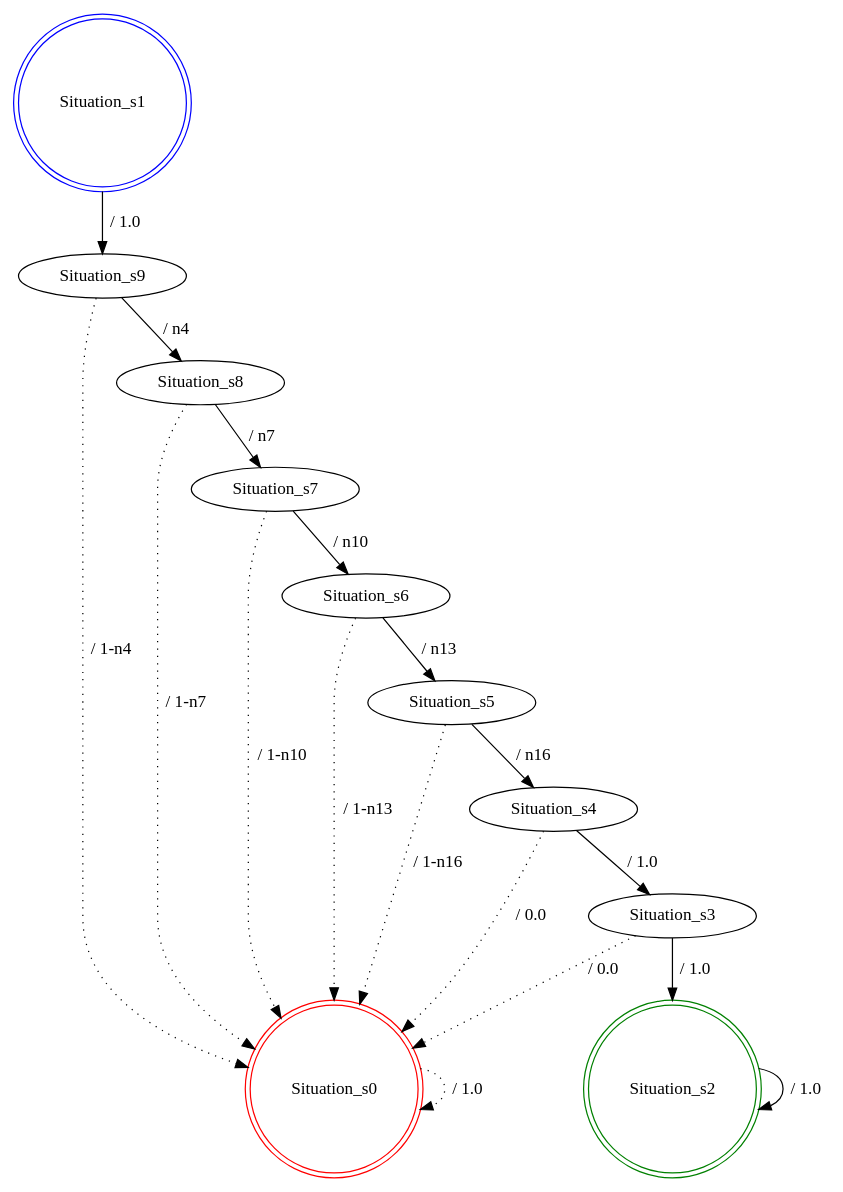
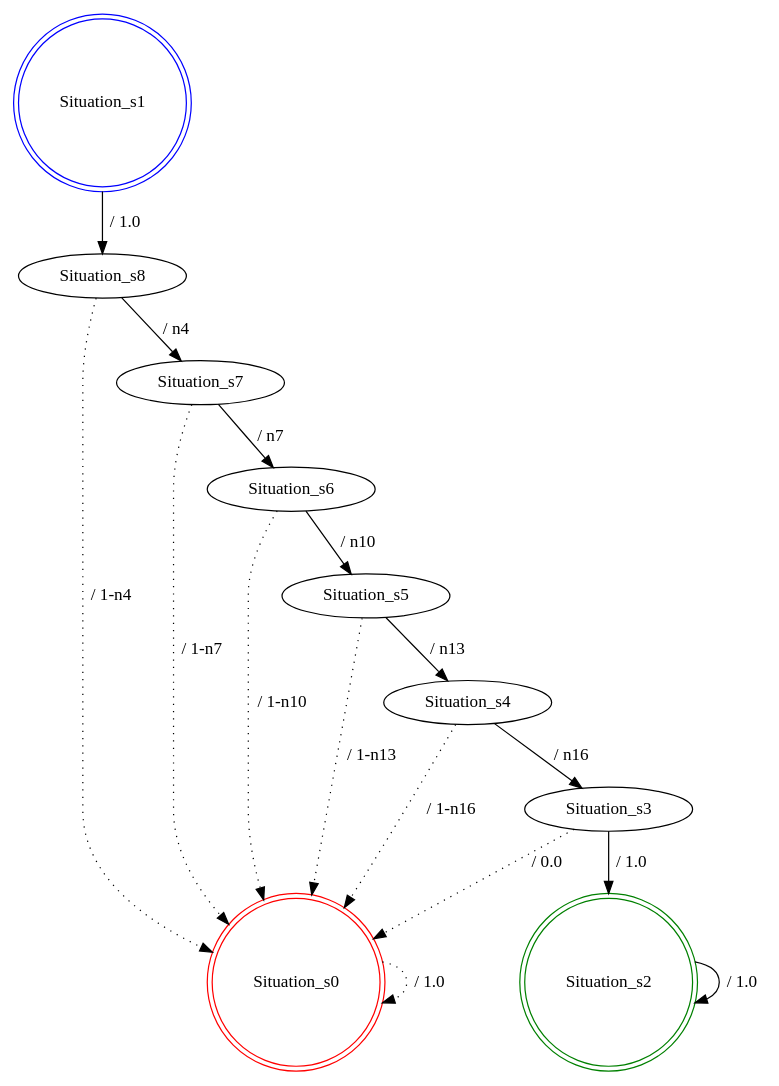
One commit to SPLMC/spl-generator changed the diagram in src/generatedModels/fdtmc_Situation.dot. Above: the diagram before and after it, drawn with Graphviz. The commit also changed 43 other files, not shown here.

```diff
--- a/src/generatedModels/fdtmc_Situation.dot
+++ b/src/generatedModels/fdtmc_Situation.dot
@@ -1,29 +1,26 @@
 digraph graphname {
 Situation_s0 [label="Situation_s0",color=red,shape=doublecircle ];
 Situation_s1 [label="Situation_s1",color=blue,shape=doublecircle ];
 Situation_s2 [label="Situation_s2",color=green,shape=doublecircle ];
 Situation_s3 [label="Situation_s3" ];
 Situation_s4 [label="Situation_s4" ];
 Situation_s5 [label="Situation_s5" ];
 Situation_s6 [label="Situation_s6" ];
 Situation_s7 [label="Situation_s7" ];
 Situation_s8 [label="Situation_s8" ];
-Situation_s9 [label="Situation_s9" ];
 Situation_s0 -> Situation_s0 [label=" / 1.0", style=dotted];
-Situation_s1 -> Situation_s9 [label=" / 1.0"];
+Situation_s1 -> Situation_s8 [label=" / 1.0"];
 Situation_s2 -> Situation_s2 [label=" / 1.0"];
 Situation_s3 -> Situation_s2 [label=" / 1.0"];
 Situation_s3 -> Situation_s0 [label=" / 0.0", style=dotted];
-Situation_s4 -> Situation_s3 [label=" / 1.0"];
-Situation_s4 -> Situation_s0 [label=" / 0.0", style=dotted];
-Situation_s5 -> Situation_s4 [label=" / n16"];
-Situation_s5 -> Situation_s0 [label=" / 1-n16", style=dotted];
-Situation_s6 -> Situation_s5 [label=" / n13"];
-Situation_s6 -> Situation_s0 [label=" / 1-n13", style=dotted];
-Situation_s7 -> Situation_s6 [label=" / n10"];
-Situation_s7 -> Situation_s0 [label=" / 1-n10", style=dotted];
-Situation_s8 -> Situation_s7 [label=" / n7"];
-Situation_s8 -> Situation_s0 [label=" / 1-n7", style=dotted];
-Situation_s9 -> Situation_s8 [label=" / n4"];
-Situation_s9 -> Situation_s0 [label=" / 1-n4", style=dotted];
+Situation_s4 -> Situation_s3 [label=" / n16"];
+Situation_s4 -> Situation_s0 [label=" / 1-n16", style=dotted];
+Situation_s5 -> Situation_s4 [label=" / n13"];
+Situation_s5 -> Situation_s0 [label=" / 1-n13", style=dotted];
+Situation_s6 -> Situation_s5 [label=" / n10"];
+Situation_s6 -> Situation_s0 [label=" / 1-n10", style=dotted];
+Situation_s7 -> Situation_s6 [label=" / n7"];
+Situation_s7 -> Situation_s0 [label=" / 1-n7", style=dotted];
+Situation_s8 -> Situation_s7 [label=" / n4"];
+Situation_s8 -> Situation_s0 [label=" / 1-n4", style=dotted];
 }
```
